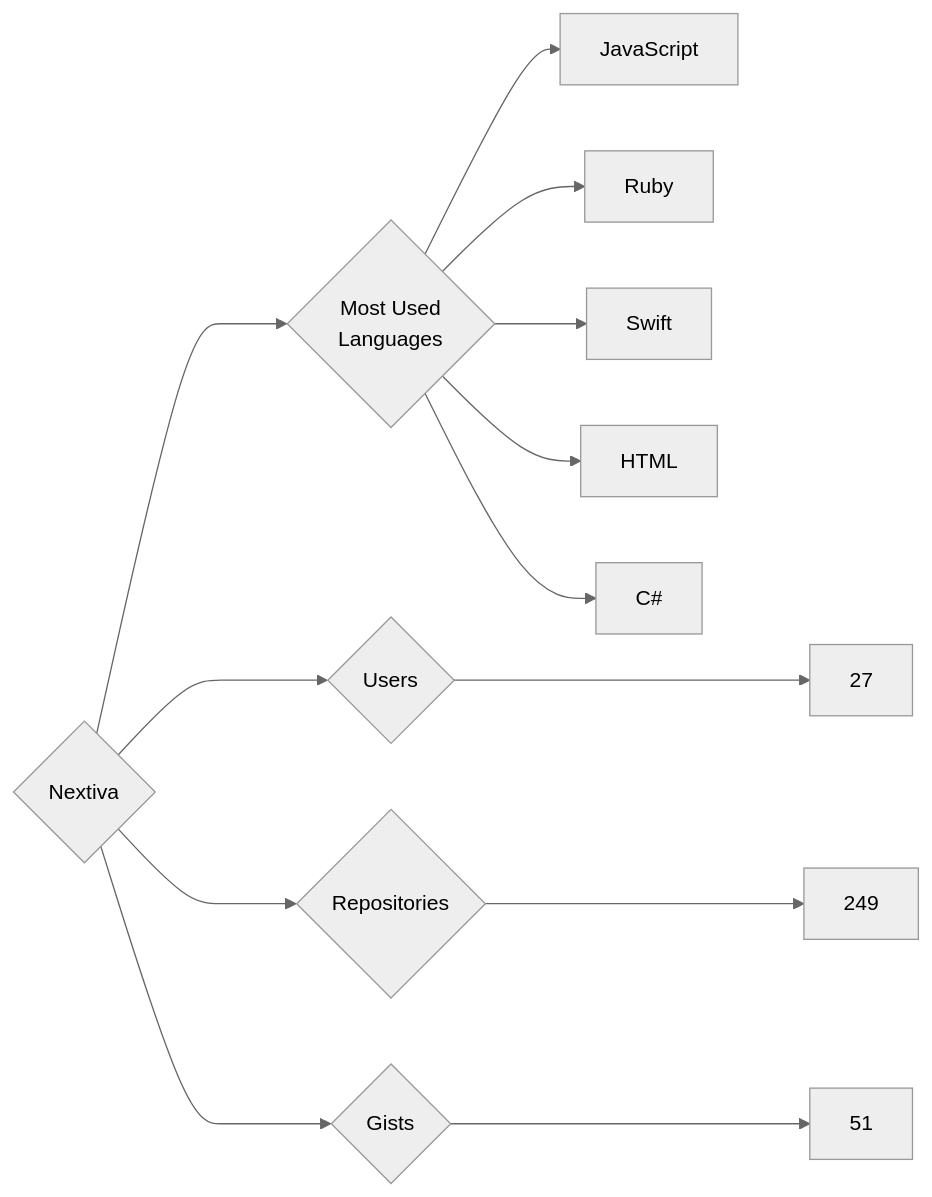
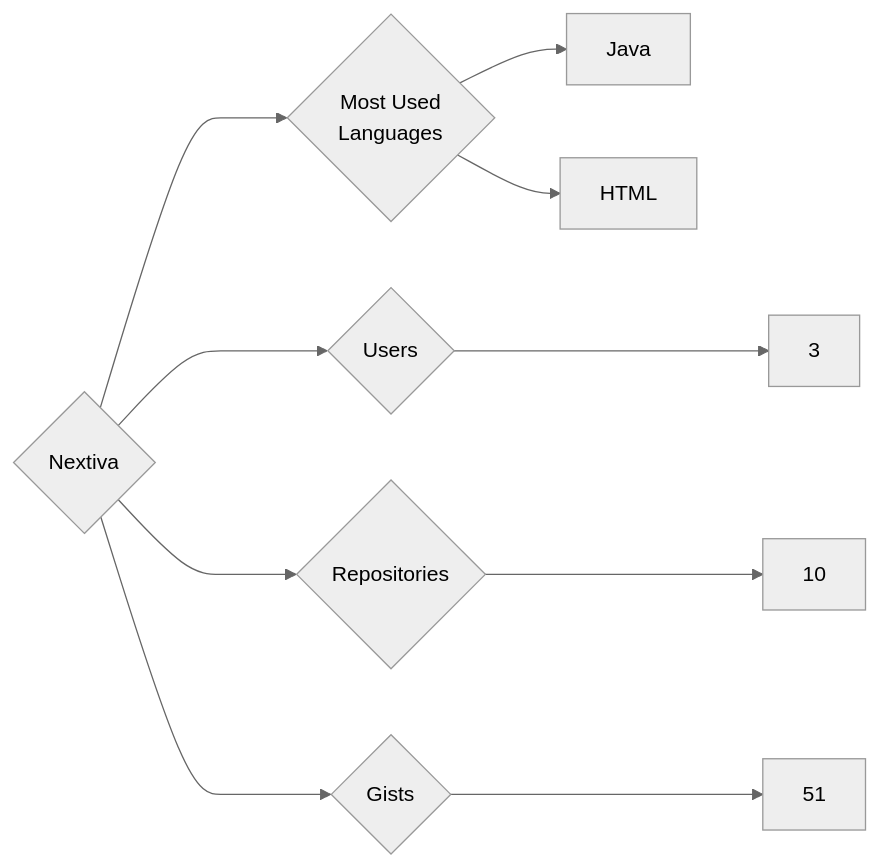
One commit to trickest/insiders changed the diagram in targets/Nextiva/README.md. Above: the diagram before and after it, drawn with Mermaid (neutral theme). The commit also changed 765 other files, not shown here.

````diff
--- a/targets/Nextiva/README.md
+++ b/targets/Nextiva/README.md
@@ -3,13 +3,10 @@
 ```mermaid
 graph LR
 COMPANY_NAME{Nextiva}
-COMPANY_NAME ---> U{Users} ---> UN[27]
-COMPANY_NAME ---> R{Repositories} ---> RN[249]
+COMPANY_NAME ---> U{Users} ---> UN[3]
+COMPANY_NAME ---> R{Repositories} ---> RN[10]
 COMPANY_NAME ---> G{Gists} ---> GN[51]
 COMPANY_NAME ---> ML{Most Used<br>Languages}
-ML --> JavaScript[JavaScript]
-ML --> Ruby[Ruby]
-ML --> Swift[Swift]
+ML --> Java[Java]
 ML --> HTML[HTML]
-ML --> C#[C#]
 ```
````
